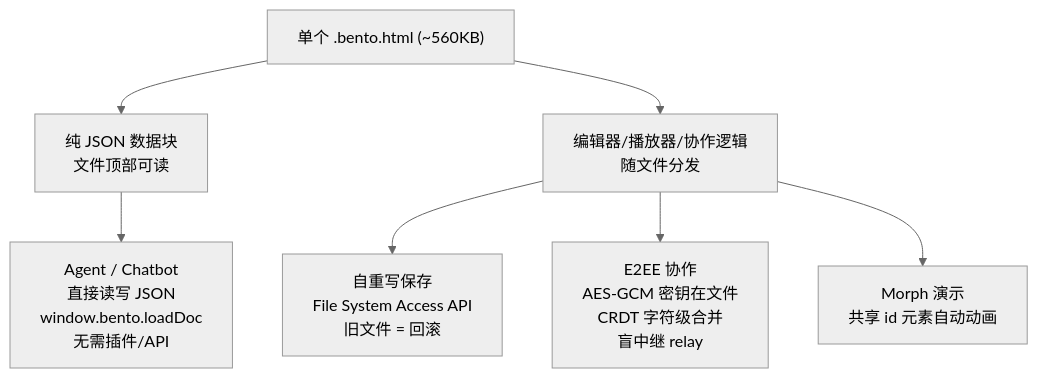
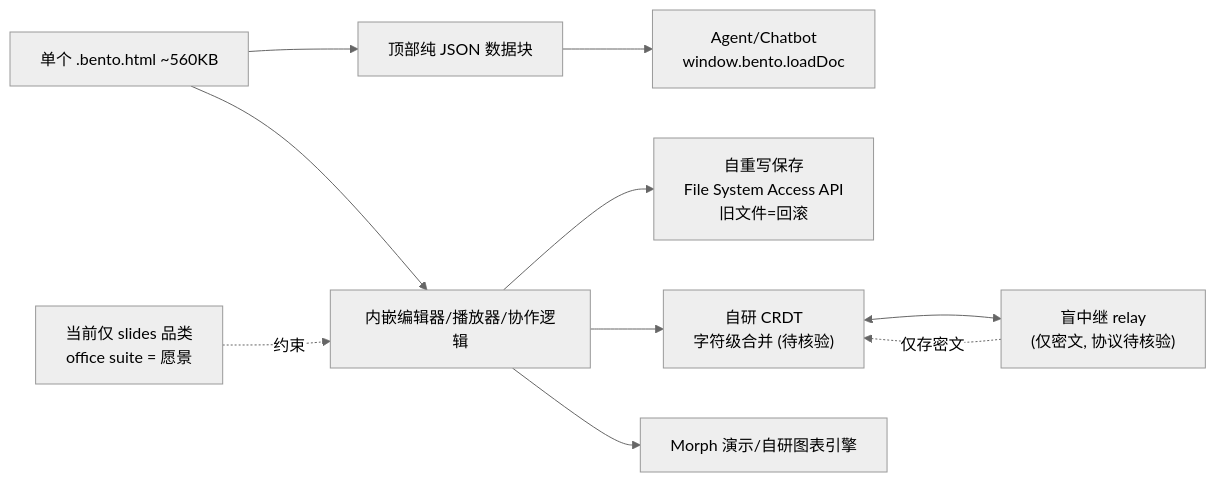
One commit to aiutil/github-researcher changed the diagram in projects/bento.md. Above: the diagram before and after it, drawn with Mermaid (neutral theme). The commit also changed other lines of this file and 939 other files, not shown here.

Commit message:
feat: add architect briefs and Mermaid project maps

````diff
--- a/projects/bento.md
+++ b/projects/bento.md
@@ -45,10 +58,22 @@
 ```mermaid
-flowchart TB
-    FILE["单个 .bento.html (~560KB)"]
-    FILE --> DATA["纯 JSON 数据块<br/>文件顶部可读"]
-    FILE --> APP["编辑器/播放器/协作逻辑<br/>随文件分发"]
-    DATA --> AGENT["Agent / Chatbot<br/>直接读写 JSON<br/>window.bento.loadDoc<br/>无需插件/API"]
-    APP --> SAVE["自重写保存<br/>File System Access API<br/>旧文件 = 回滚"]
-    APP --> COLLAB["E2EE 协作<br/>AES-GCM 密钥在文件<br/>CRDT 字符级合并<br/>盲中继 relay"]
-    APP --> PRES["Morph 演示<br/>共享 id 元素自动动画"]
+flowchart LR
+  FILE["单个 .bento.html ~560KB"]
+  JSON["顶部纯 JSON 数据块"]
+  APP["内嵌编辑器/播放器/协作逻辑"]
+  AGENT["Agent/Chatbot<br/>window.bento.loadDoc"]
+  SAVE["自重写保存<br/>File System Access API<br/>旧文件=回滚"]
+  RELAY["盲中继 relay<br/>(仅密文, 协议待核验)"]
+  CRDT["自研 CRDT<br/>字符级合并 (待核验)"]
+  PRES["Morph 演示/自研图表引擎"]
+  LIMIT["当前仅 slides 品类<br/>office suite = 愿景"]
+
+  FILE --> JSON
+  FILE --> APP
+  JSON --> AGENT
+  APP --> SAVE
+  APP --> CRDT
+  APP --> PRES
+  CRDT <--> RELAY
+  RELAY -.仅存密文.-> CRDT
+  LIMIT -.约束.-> APP
 ```
````
